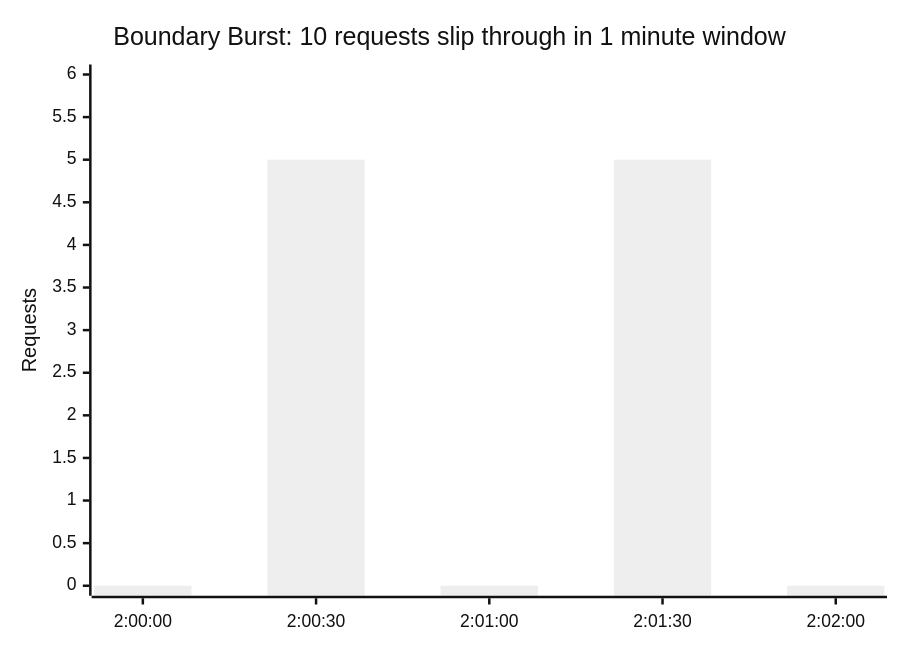
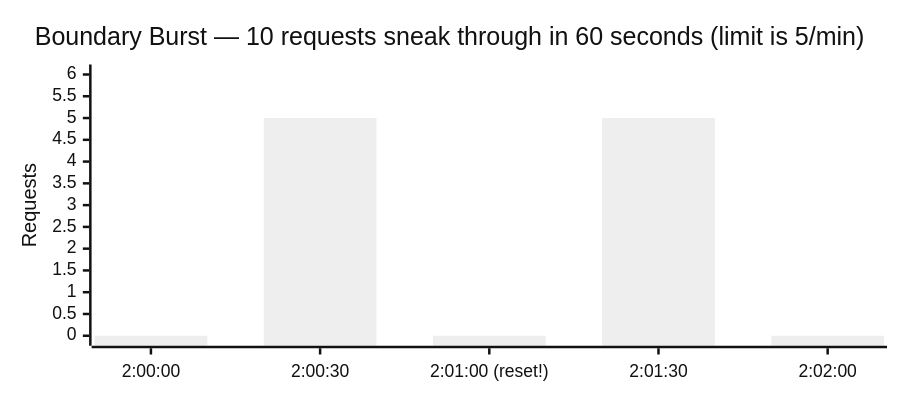
Diagram 11 of 26 in content/posts/2026/design-a-rate-limiter.md (devops-monk/system-design-blog), drawn with Mermaid (neutral theme) before and after one commit. The commit also changed other lines of this file, not shown here.

````diff
--- a/content/posts/2026/design-a-rate-limiter.md
+++ b/content/posts/2026/design-a-rate-limiter.md
@@ -233,7 +345,13 @@
 ```mermaid
+---
+config:
+  xyChart:
+    width: 700
+    height: 300
+---
 xychart-beta
-    title "Boundary Burst: 10 requests slip through in 1 minute window"
-    x-axis ["2:00:00", "2:00:30", "2:01:00", "2:01:30", "2:02:00"]
+    title "Boundary Burst — 10 requests sneak through in 60 seconds (limit is 5/min)"
+    x-axis ["2:00:00", "2:00:30", "2:01:00 (reset!)", "2:01:30", "2:02:00"]
     y-axis "Requests" 0 --> 6
     bar [0, 5, 0, 5, 0]
 ```
````
